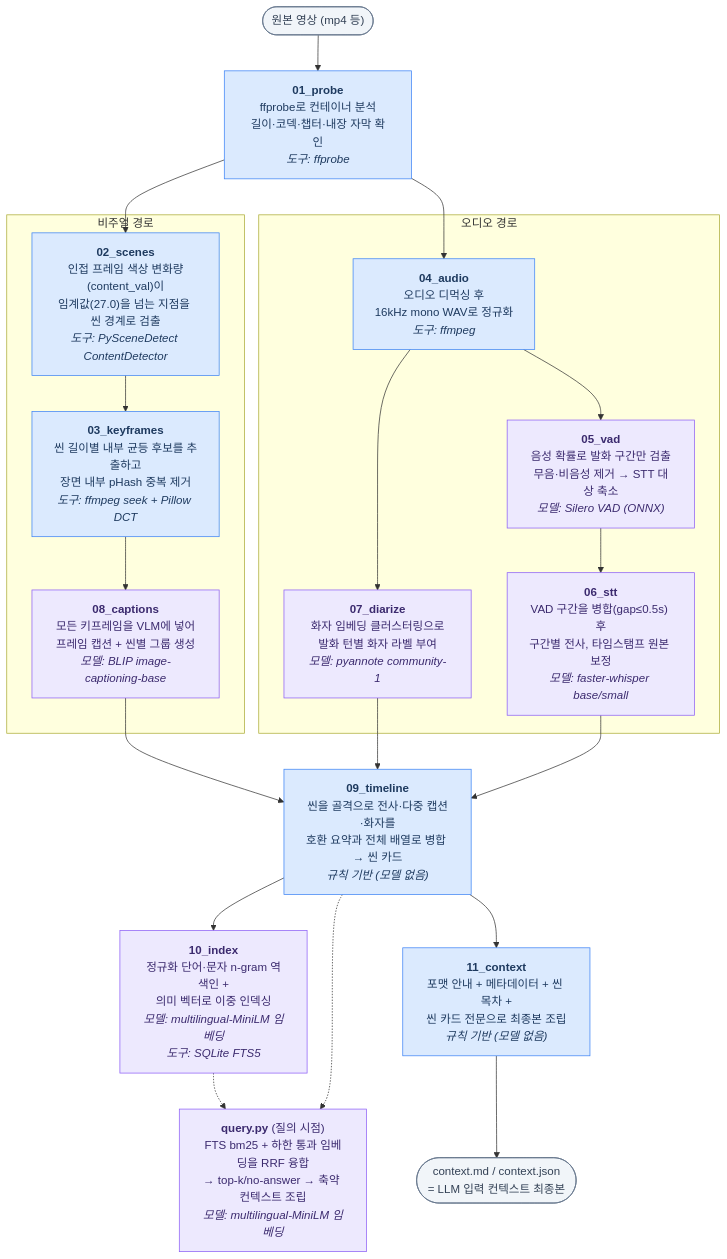
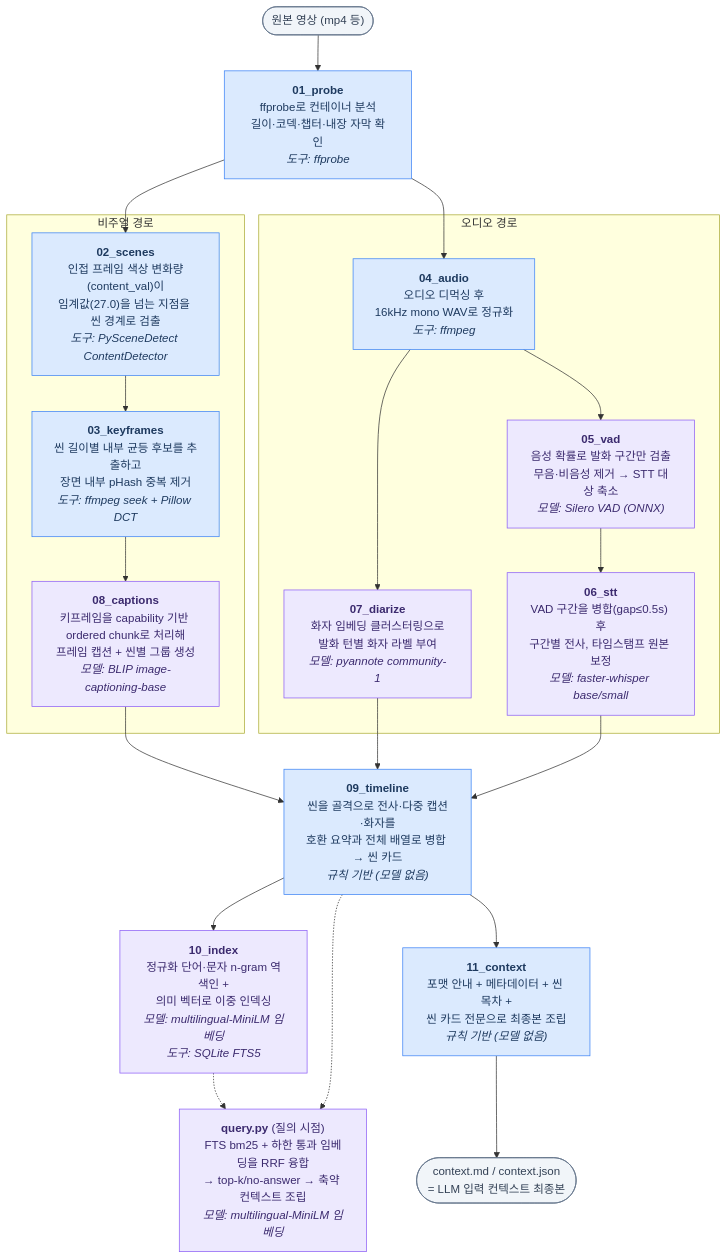
The diagram in docs/05-pipeline.md (haesookimDev/video-preprocess), drawn with Mermaid before and after one commit. The commit also changed other lines of this file and 24 other files, not shown here.

````diff
--- a/docs/05-pipeline.md
+++ b/docs/05-pipeline.md
@@ -6,51 +6,51 @@
 ```mermaid
 flowchart TD
     V(["원본 영상 (mp4 등)"]) --> S01
 
     S01["<b>01_probe</b><br/>ffprobe로 컨테이너 분석<br/>길이·코덱·챕터·내장 자막 확인<br/><i>도구: ffprobe</i>"]
 
     S01 --> S02
     S01 --> S04
 
     subgraph VIDEO ["비주얼 경로"]
         S02["<b>02_scenes</b><br/>인접 프레임 색상 변화량(content_val)이<br/>임계값(27.0)을 넘는 지점을 씬 경계로 검출<br/><i>도구: PySceneDetect ContentDetector</i>"]
         S03["<b>03_keyframes</b><br/>씬 길이별 내부 균등 후보를 추출하고<br/>장면 내부 pHash 중복 제거<br/><i>도구: ffmpeg seek + Pillow DCT</i>"]
-        S08["<b>08_captions</b><br/>모든 키프레임을 VLM에 넣어<br/>프레임 캡션 + 씬별 그룹 생성<br/><i>모델: BLIP image-captioning-base</i>"]
+        S08["<b>08_captions</b><br/>키프레임을 capability 기반 ordered chunk로 처리해<br/>프레임 캡션 + 씬별 그룹 생성<br/><i>모델: BLIP image-captioning-base</i>"]
         S02 --> S03 --> S08
     end
 
     subgraph AUDIO ["오디오 경로"]
         S04["<b>04_audio</b><br/>오디오 디먹싱 후<br/>16kHz mono WAV로 정규화<br/><i>도구: ffmpeg</i>"]
         S05["<b>05_vad</b><br/>음성 확률로 발화 구간만 검출<br/>무음·비음성 제거 → STT 대상 축소<br/><i>모델: Silero VAD (ONNX)</i>"]
         S06["<b>06_stt</b><br/>VAD 구간을 병합(gap≤0.5s) 후<br/>구간별 전사, 타임스탬프 원본 보정<br/><i>모델: faster-whisper base/small</i>"]
         S07["<b>07_diarize</b><br/>화자 임베딩 클러스터링으로<br/>발화 턴별 화자 라벨 부여<br/><i>모델: pyannote community-1</i>"]
         S04 --> S05 --> S06
         S04 --> S07
     end
 
     S08 --> S09
     S07 --> S09
     S06 --> S09
 
     S09["<b>09_timeline</b><br/>씬을 골격으로 전사·다중 캡션·화자를<br/>호환 요약과 전체 배열로 병합 → 씬 카드<br/><i>규칙 기반 (모델 없음)</i>"]
 
     S09 --> S10
     S09 --> S11
 
     S10["<b>10_index</b><br/>정규화 단어·문자 n-gram 역색인 +<br/>의미 벡터로 이중 인덱싱<br/><i>모델: multilingual-MiniLM 임베딩<br/>도구: SQLite FTS5</i>"]
 
     S11["<b>11_context</b><br/>포맷 안내 + 메타데이터 + 씬 목차 +<br/>씬 카드 전문으로 최종본 조립<br/><i>규칙 기반 (모델 없음)</i>"]
 
     S11 --> OUT(["context.md / context.json<br/>= LLM 입력 컨텍스트 최종본"])
 
     S10 -.-> Q
     S09 -.-> Q
     Q["<b>query.py</b> (질의 시점)<br/>FTS bm25 + 하한 통과 임베딩을 RRF 융합<br/>→ top-k/no-answer → 축약 컨텍스트 조립<br/><i>모델: multilingual-MiniLM 임베딩</i>"]
 
     classDef rule fill:#dbeafe,stroke:#3b82f6,color:#1e3a5f
     classDef ml fill:#ede9fe,stroke:#8b5cf6,color:#3b2a6e
     classDef io fill:#f1f5f9,stroke:#64748b,color:#334155
     class S01,S02,S03,S04,S09,S11 rule
     class S05,S06,S07,S08,S10,Q ml
     class V,OUT io
 ```
````
